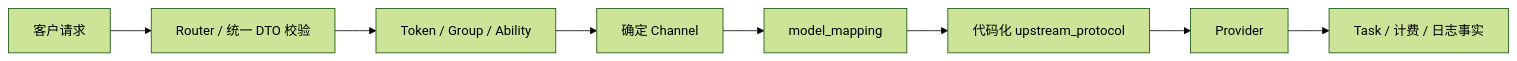
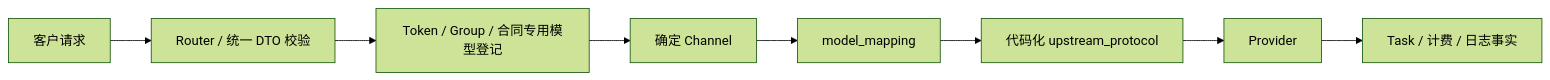
Before and after one commit to wuqiang44444444/new-api: the diagram in docs/20-architecture/架构概览.md, drawn with Mermaid (forest theme). The commit also changed other lines of this file and 508 other files, not shown here.

````diff
--- a/docs/20-architecture/架构概览.md
+++ b/docs/20-architecture/架构概览.md
@@ -25,10 +25,10 @@
 ```mermaid
 flowchart LR
     C["客户请求"] --> R["Router / 统一 DTO 校验"]
-    R --> A["Token / Group / Ability"]
+    R --> A["Token / Group / 合同专用模型登记"]
     A --> CH["确定 Channel"]
     CH --> MM["model_mapping"]
     MM --> P["代码化 upstream_protocol"]
     P --> U["Provider"]
     U --> T["Task / 计费 / 日志事实"]
 ```
````
